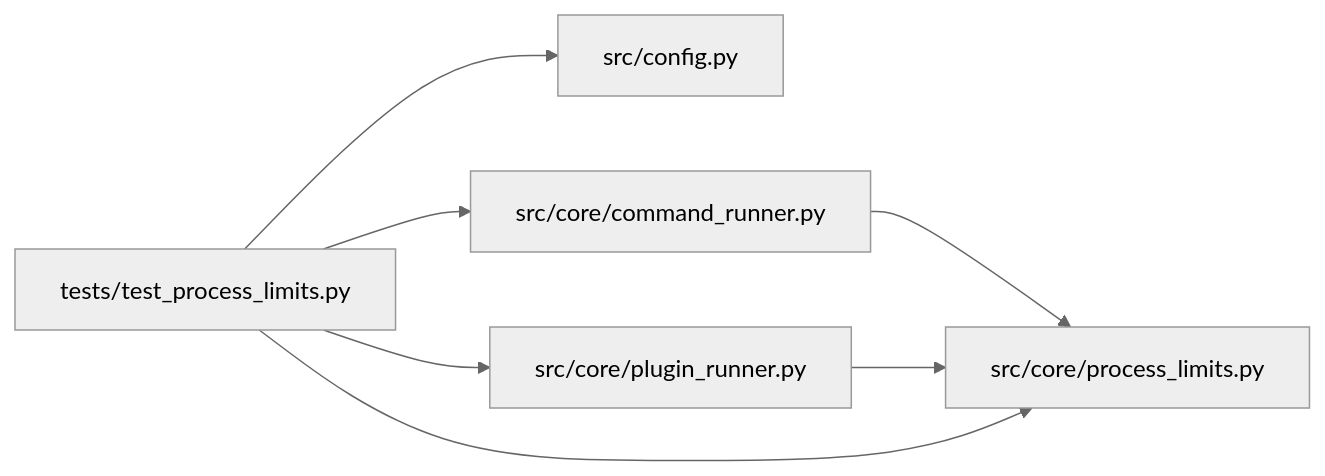
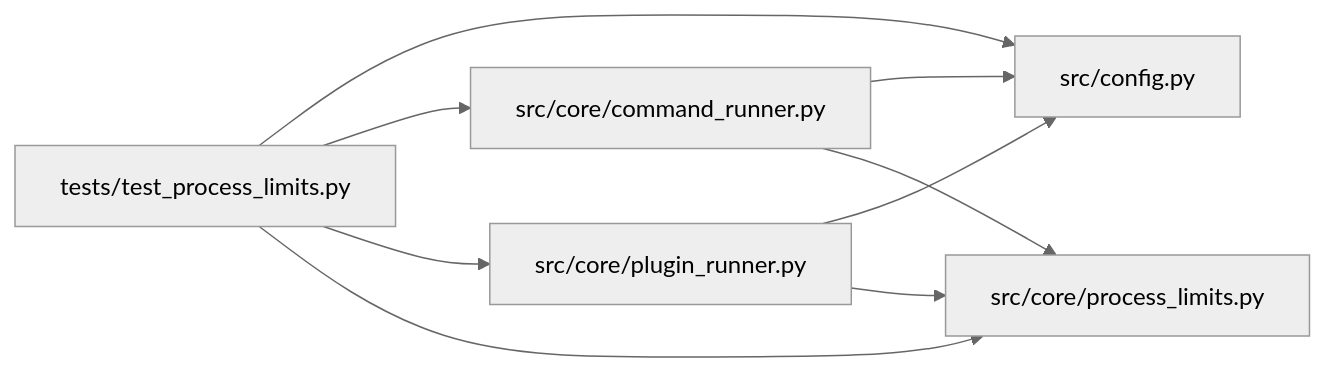
Before and after one commit to Denissvgn/autoresearch-agent: the diagram in docs/llm_wiki/modules/test_process_limits.md, drawn with Mermaid (neutral theme). The commit also changed 1033 other files, not shown here.

````diff
--- a/docs/llm_wiki/modules/test_process_limits.md
+++ b/docs/llm_wiki/modules/test_process_limits.md
@@ -38,19 +38,21 @@
 ```mermaid
 flowchart LR
     n0["src/config.py"]
     n1["src/core/command_runner.py"]
     n2["src/core/plugin_runner.py"]
     n3["src/core/process_limits.py"]
     n4["tests/test_process_limits.py"]
+    n1 --> n0
     n1 --> n3
+    n2 --> n0
     n2 --> n3
     n4 --> n0
     n4 --> n1
     n4 --> n2
     n4 --> n3
     click n0 "../modules/config.md"
     click n1 "../modules/command_runner.md"
     click n2 "../modules/plugin_runner.md"
     click n3 "../modules/process_limits.md"
     click n4 "../modules/test_process_limits.md"
 ```
````
